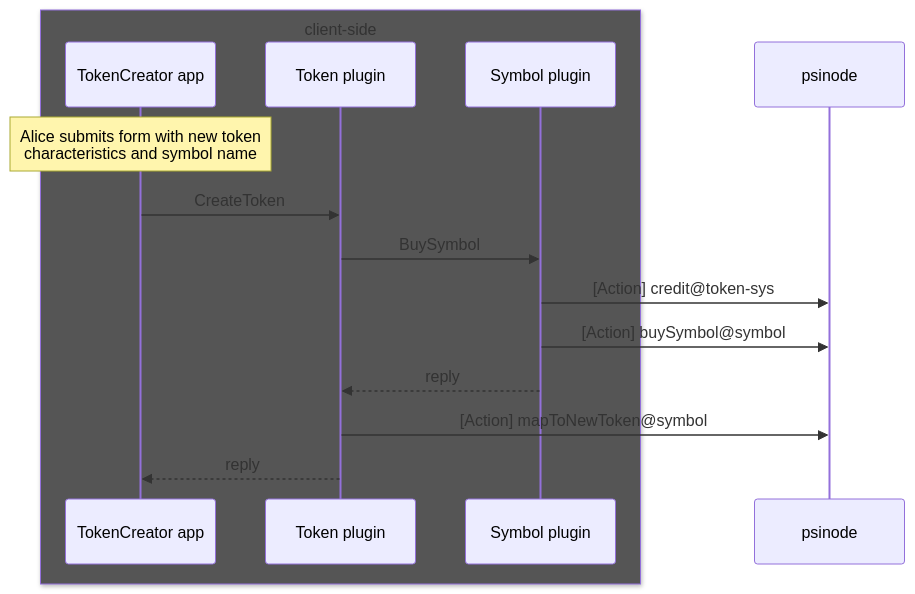
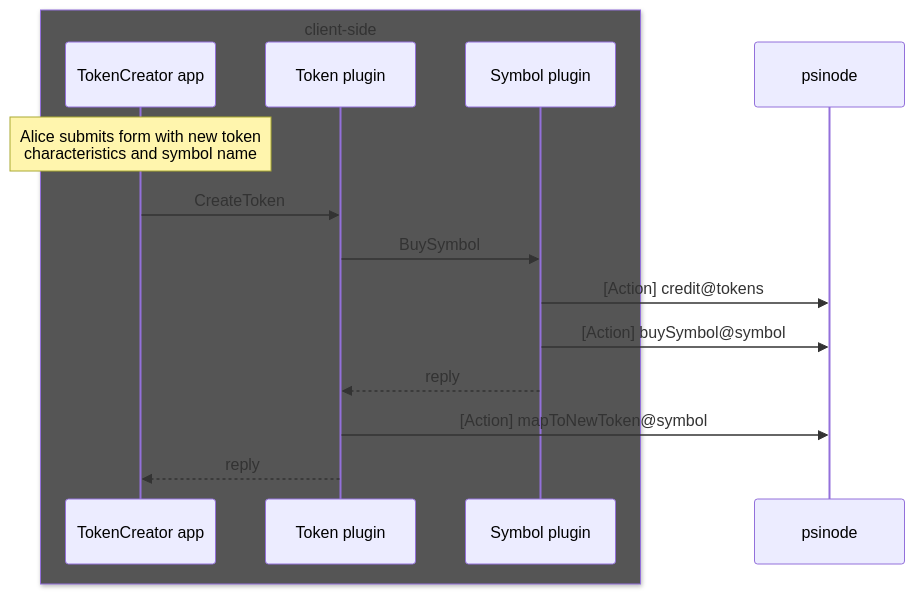
One commit to gofractally/psibase changed the sixth of 6 diagrams in doc/psidk/src/specifications/app-architecture/plugins.md. Above: the diagram before and after it, drawn with Mermaid. The commit also changed 36 other files, not shown here.

````diff
--- a/doc/psidk/src/specifications/app-architecture/plugins.md
+++ b/doc/psidk/src/specifications/app-architecture/plugins.md
@@ -237,20 +237,20 @@
 ```mermaid
 sequenceDiagram
 
 box rgb(85,85,85) client-side
 participant TokenCreator app
 participant Token plugin
 participant Symbol plugin
 end
 participant psinode
 
 Note over TokenCreator app: Alice submits form with new token<br>characteristics and symbol name
 
 TokenCreator app->>Token plugin: CreateToken
     Token plugin->>Symbol plugin: BuySymbol
-        Symbol plugin->>psinode: [Action] credit@token-sys
+        Symbol plugin->>psinode: [Action] credit@tokens
         Symbol plugin->>psinode: [Action] buySymbol@symbol
         Symbol plugin-->>Token plugin: reply
     Token plugin->>psinode: [Action] mapToNewToken@symbol
     Token plugin-->>TokenCreator app: reply
 ```
````
